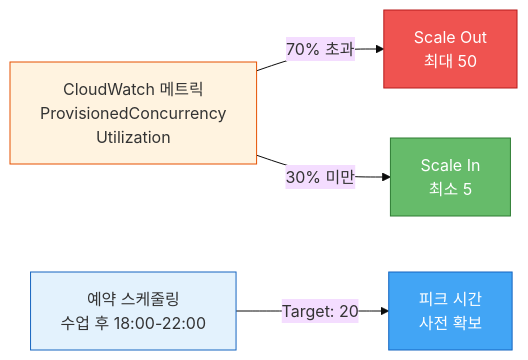
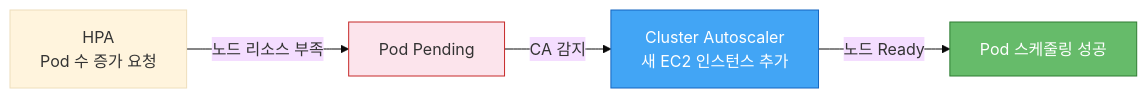
One commit to revenantonthemission/2-cho-community-infra changed diagram 14 of 18 in report.md. Above: the diagram before and after it, drawn with Mermaid (base theme). The commit also changed other lines of this file and 4 other files, not shown here.

````diff
--- a/report.md
+++ b/report.md
@@ -739,15 +686,11 @@
 ```mermaid
 flowchart LR
-    CW_Metric["CloudWatch 메트릭<br/>ProvisionedConcurrency<br/>Utilization"]
-    CW_Metric -->|"70% 초과"| Scale_Out["Scale Out<br/>최대 50"]
-    CW_Metric -->|"30% 미만"| Scale_In["Scale In<br/>최소 5"]
+    HPA["HPA<br/>Pod 수 증가 요청"]
+    HPA -->|"노드 리소스 부족"| Pending["Pod Pending"]
+    Pending -->|"CA 감지"| CA["Cluster Autoscaler<br/>새 EC2 인스턴스 추가"]
+    CA -->|"노드 Ready"| Schedule["Pod 스케줄링 성공"]
 
-    Schedule["예약 스케줄링<br/>수업 후 18:00-22:00"]
-    Schedule -->|"Target: 20"| Scheduled_Scale["피크 시간<br/>사전 확보"]
-
-    style CW_Metric fill:#fff3e0,stroke:#e65100
-    style Scale_Out fill:#ef5350,color:#fff,stroke:#b71c1c
-    style Scale_In fill:#66bb6a,color:#fff,stroke:#2e7d32
-    style Schedule fill:#e3f2fd,stroke:#1565c0
-    style Scheduled_Scale fill:#42a5f5,color:#fff,stroke:#1565c0
+    style Pending fill:#fce4ec,stroke:#c62828
+    style CA fill:#42a5f5,color:#fff,stroke:#1565c0
+    style Schedule fill:#66bb6a,color:#fff,stroke:#2e7d32
 ```
````
